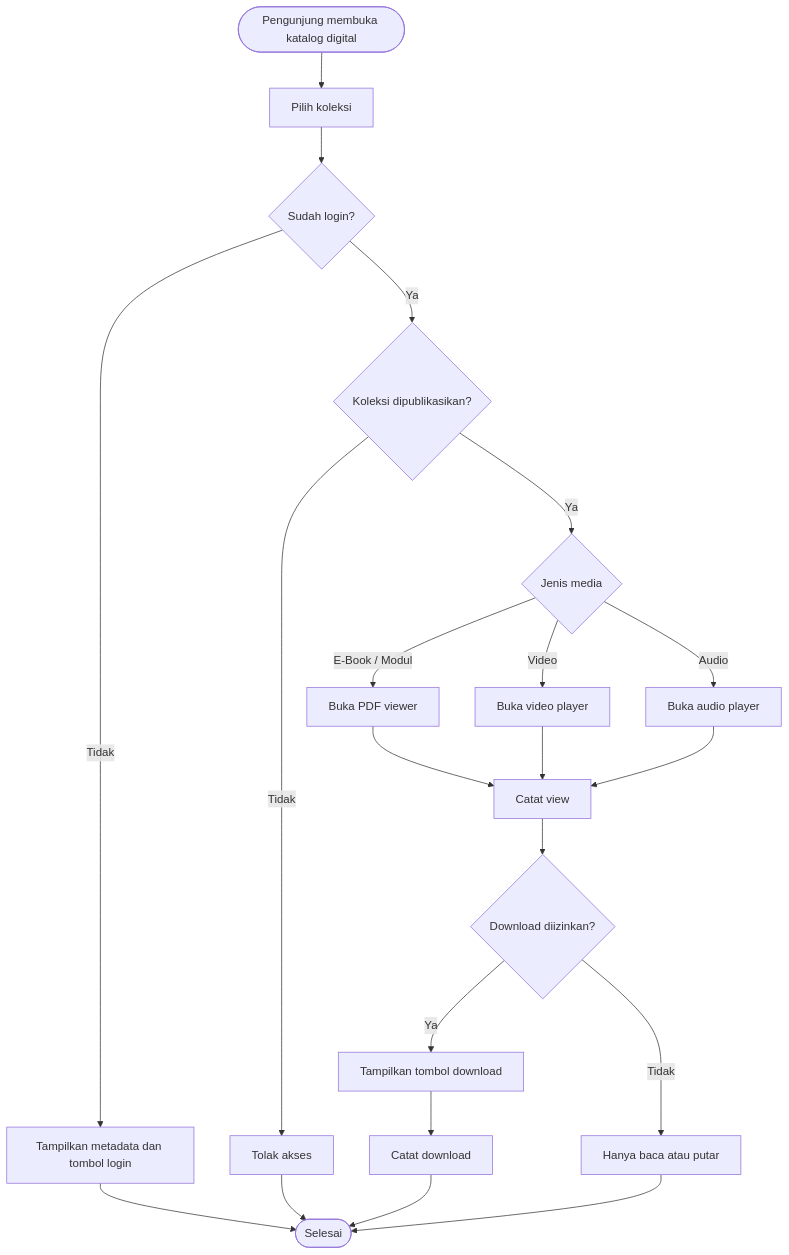
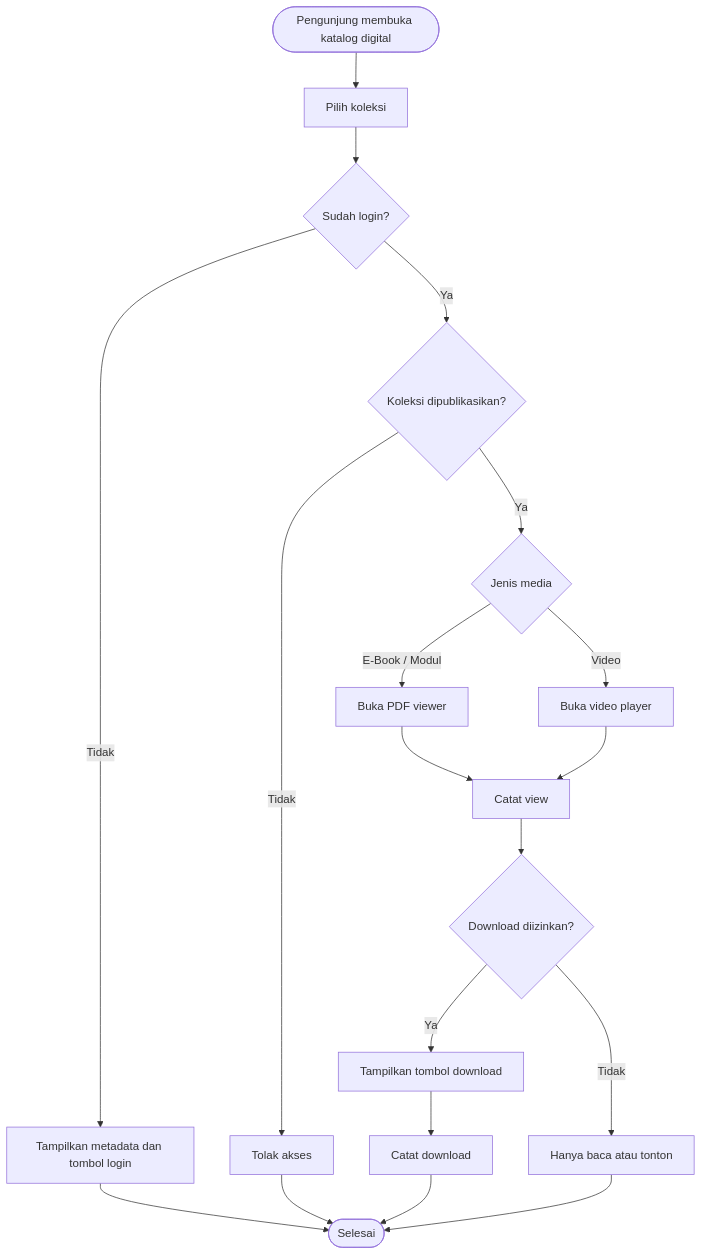
The ninth of 11 diagrams in docs/01-flowchart-schema.md (Roihan-jpg/sdi-digital-library), drawn with Mermaid before and after one commit. The commit also changed other lines of this file and 65 other files, not shown here.

````diff
--- a/docs/01-flowchart-schema.md
+++ b/docs/01-flowchart-schema.md
@@ -319,23 +319,21 @@
 ```mermaid
 flowchart TD
     A([Pengunjung membuka katalog digital]) --> B[Pilih koleksi]
     B --> C{Sudah login?}
     C -- Tidak --> D[Tampilkan metadata dan tombol login]
     C -- Ya --> E{Koleksi dipublikasikan?}
     E -- Tidak --> F[Tolak akses]
     E -- Ya --> G{Jenis media}
     G -- E-Book / Modul --> H[Buka PDF viewer]
     G -- Video --> I[Buka video player]
-    G -- Audio --> J[Buka audio player]
     H --> K[Catat view]
     I --> K
-    J --> K
     K --> L{Download diizinkan?}
     L -- Ya --> M[Tampilkan tombol download]
-    L -- Tidak --> N[Hanya baca atau putar]
+    L -- Tidak --> N[Hanya baca atau tonton]
     M --> O[Catat download]
     N --> P([Selesai])
     O --> P
     D --> P
     F --> P
 ```
````
